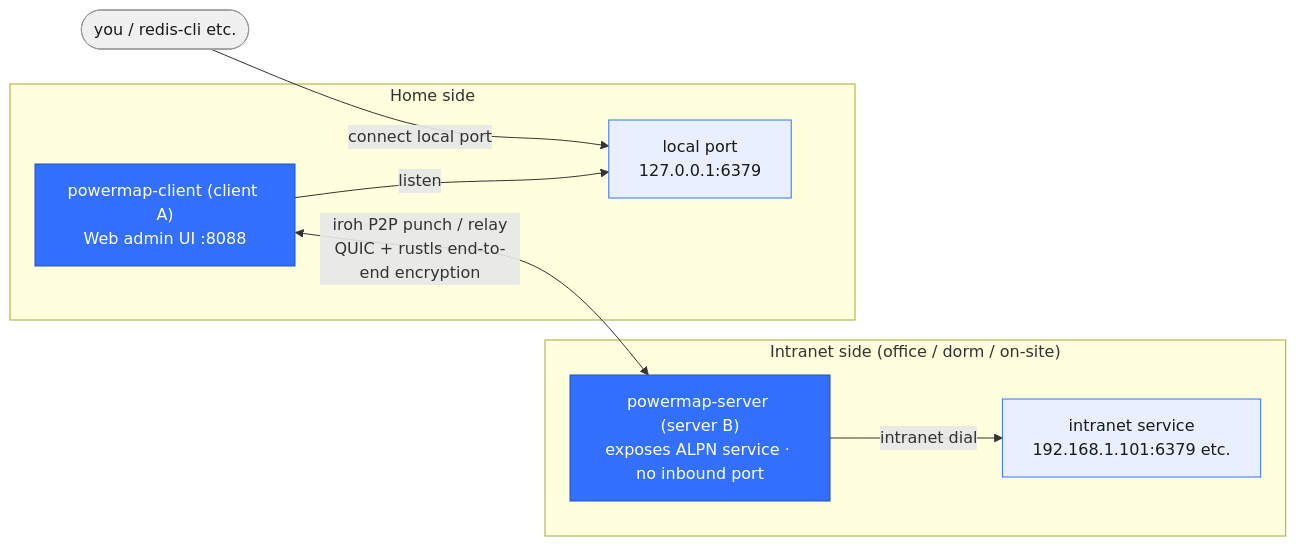
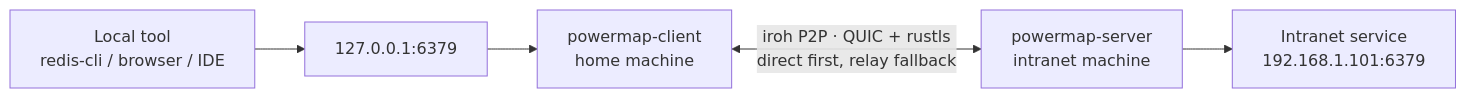
The diagram in README.en.md (steven-ld/PowerMap), drawn with Mermaid before and after one commit. The commit also changed other lines of this file and 1 other file, not shown here.

````diff
--- a/README.en.md
+++ b/README.en.md
@@ -78,23 +95,7 @@
 ```mermaid
 flowchart LR
-    subgraph intranet["Intranet side (office / dorm / on-site)"]
-        B["powermap-server (server B)<br/>exposes ALPN service · no inbound port"]
-        SVC["intranet service<br/>192.168.1.101:6379 etc."]
-        B -->|intranet dial| SVC
-    end
-
-    subgraph home["Home side"]
-        A["powermap-client (client A)<br/>Web admin UI :8088"]
-        LOCAL["local port<br/>127.0.0.1:6379"]
-        A -->|listen| LOCAL
-    end
-
-    USER(["you / redis-cli etc."]) -->|connect local port| LOCAL
-    A <-->|"iroh P2P punch / relay<br/>QUIC + rustls end-to-end encryption"| B
-
-    style B fill:#3370ff,stroke:#2451b8,color:#fff
-    style A fill:#3370ff,stroke:#2451b8,color:#fff
-    style SVC fill:#e8f0ff,stroke:#3370ff,color:#1a1a1a
-    style LOCAL fill:#e8f0ff,stroke:#3370ff,color:#1a1a1a
-    style USER fill:#f0f0f0,stroke:#999,color:#1a1a1a
+    U["Local tool<br/>redis-cli / browser / IDE"] --> L["127.0.0.1:6379"]
+    L --> A["powermap-client<br/>home machine"]
+    A <-->|"iroh P2P · QUIC + rustls<br/>direct first, relay fallback"| B["powermap-server<br/>intranet machine"]
+    B --> S["Intranet service<br/>192.168.1.101:6379"]
 ```
````
